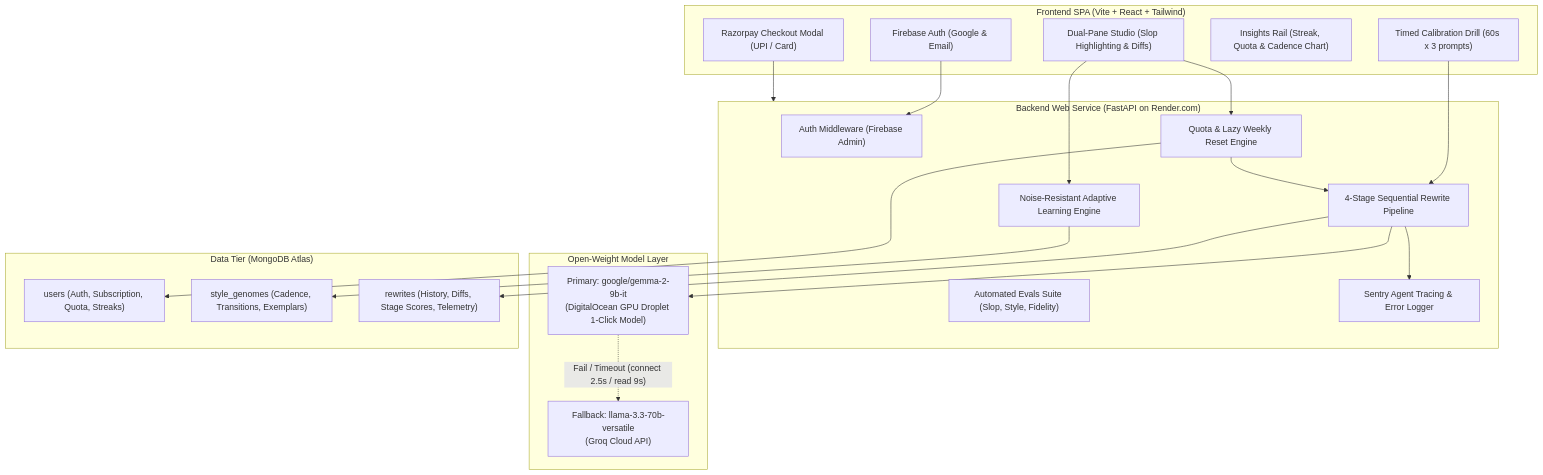
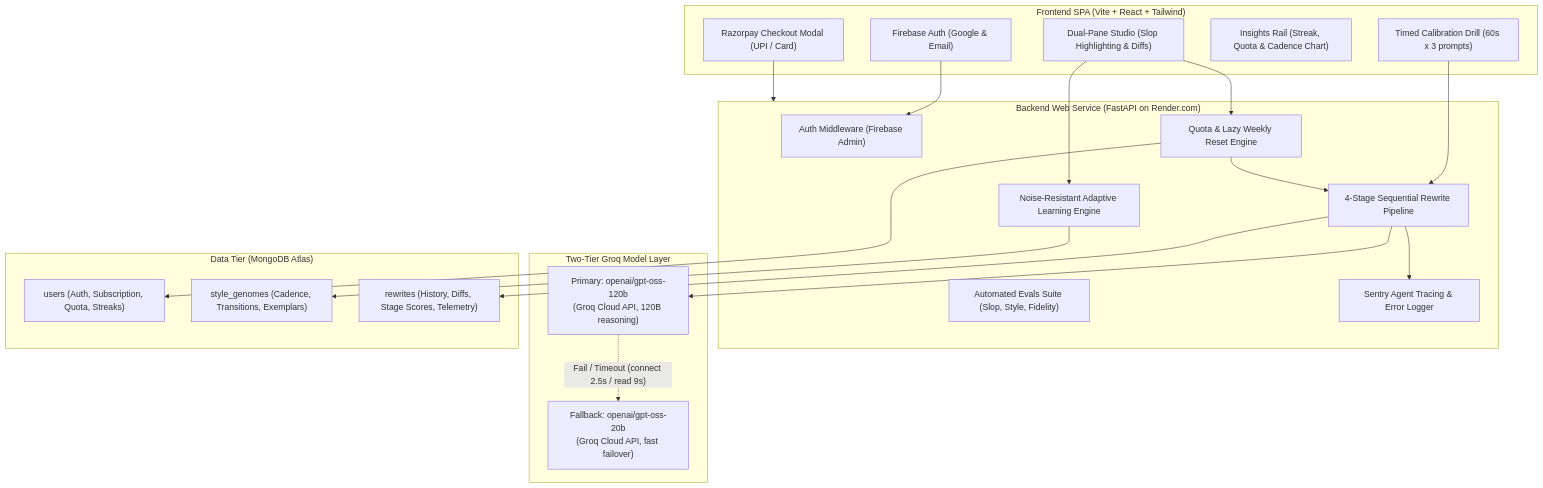
The diagram in docs/plan.md (SoumyaGhosh2006/InkFlow), drawn with Mermaid before and after one commit. The commit also changed other lines of this file and 10 other files, not shown here.

````diff
--- a/docs/plan.md
+++ b/docs/plan.md
@@ -24,44 +24,44 @@
 ```mermaid
 flowchart TD
     subgraph Client["Frontend SPA (Vite + React + Tailwind)"]
         F_Auth["Firebase Auth (Google & Email)"]
         F_Drill["Timed Calibration Drill (60s x 3 prompts)"]
         F_Studio["Dual-Pane Studio (Slop Highlighting & Diffs)"]
         F_Stats["Insights Rail (Streak, Quota & Cadence Chart)"]
         F_Pay["Razorpay Checkout Modal (UPI / Card)"]
     end
 
     subgraph Server["Backend Web Service (FastAPI on Render.com)"]
         B_Auth["Auth Middleware (Firebase Admin)"]
         B_Quota["Quota & Lazy Weekly Reset Engine"]
         B_Pipeline["4-Stage Sequential Rewrite Pipeline"]
         B_Adaptive["Noise-Resistant Adaptive Learning Engine"]
         B_Evals["Automated Evals Suite (Slop, Style, Fidelity)"]
         B_Sentry["Sentry Agent Tracing & Error Logger"]
     end
 
-    subgraph OpenAI_Tier["Open-Weight Model Layer"]
-        M_Primary["Primary: google/gemma-2-9b-it<br/>(DigitalOcean GPU Droplet 1-Click Model)"]
-        M_Fallback["Fallback: llama-3.3-70b-versatile<br/>(Groq Cloud API)"]
+    subgraph Groq_Tier["Two-Tier Groq Model Layer"]
+        M_Primary["Primary: openai/gpt-oss-120b<br/>(Groq Cloud API, 120B reasoning)"]
+        M_Fallback["Fallback: openai/gpt-oss-20b<br/>(Groq Cloud API, fast failover)"]
     end
 
     subgraph Storage["Data Tier (MongoDB Atlas)"]
         DB_Users["users (Auth, Subscription, Quota, Streaks)"]
         DB_Genomes["style_genomes (Cadence, Transitions, Exemplars)"]
         DB_Rewrites["rewrites (History, Diffs, Stage Scores, Telemetry)"]
     end
 
     F_Auth --> B_Auth
     F_Drill --> B_Pipeline
     F_Studio --> B_Quota --> B_Pipeline
     F_Studio --> B_Adaptive
     F_Pay --> Server
     
     B_Pipeline --> M_Primary
     M_Primary -. "Fail / Timeout (connect 2.5s / read 9s)" .-> M_Fallback
     
     B_Pipeline --> DB_Rewrites
     B_Adaptive --> DB_Genomes
     B_Quota --> DB_Users
     B_Pipeline --> B_Sentry
 ```
````
